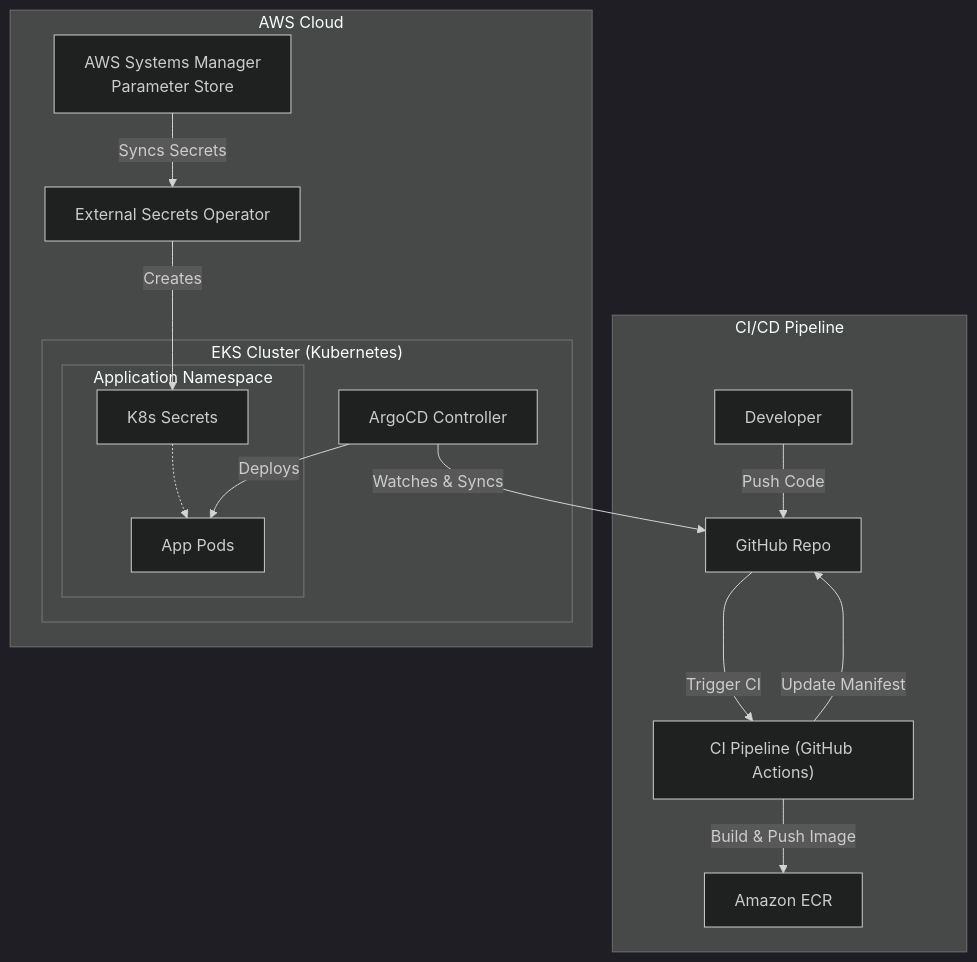
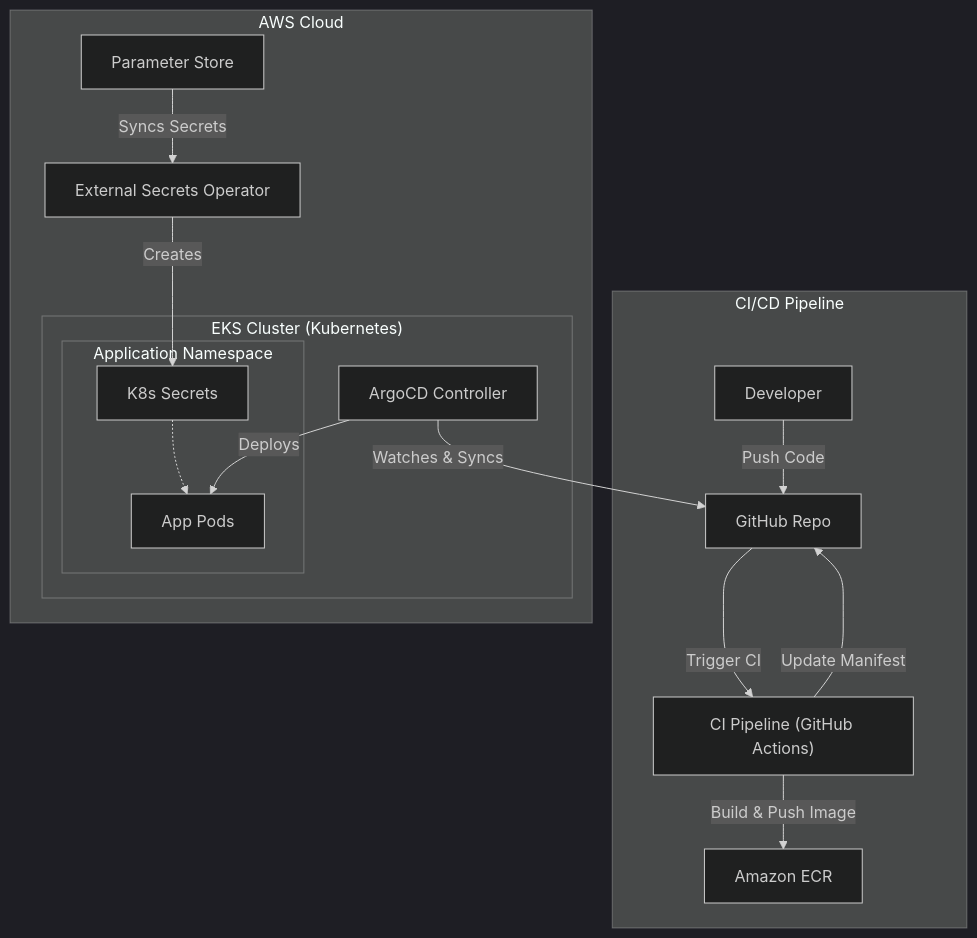
The third of 3 diagrams in README.md (GuySimai/access-request-system), drawn with Mermaid (dark theme) before and after one commit. The commit also changed other lines of this file, not shown here.

Commit message:
readme update

````diff
--- a/README.md
+++ b/README.md
@@ -195,30 +195,30 @@
 ```mermaid
 graph TD
     subgraph "CI/CD Pipeline"
         Dev[Developer] -->|Push Code| GitHub[GitHub Repo]
         GitHub -->|Trigger CI| CI["CI Pipeline (GitHub Actions)"]
         CI -->|Build & Push Image| ECR[Amazon ECR]
         CI -->|Update Manifest| GitHub
     end
 
     subgraph "AWS Cloud"
         subgraph "EKS Cluster (Kubernetes)"
             ArgoCD[ArgoCD Controller]
 
             subgraph "Application Namespace"
                 Pod[App Pods]
                 K8sSecret[K8s Secrets]
             end
         end
 
-        SSM[AWS Systems Manager\nParameter Store]
+        SSM[Parameter Store]
         ESO[External Secrets Operator]
     end
 
     ArgoCD -- "Watches & Syncs" --> GitHub
     ArgoCD -- "Deploys" --> Pod
 
     SSM -- "Syncs Secrets" --> ESO
     ESO -- "Creates" --> K8sSecret
     K8sSecret -.-> Pod
 ```
````
